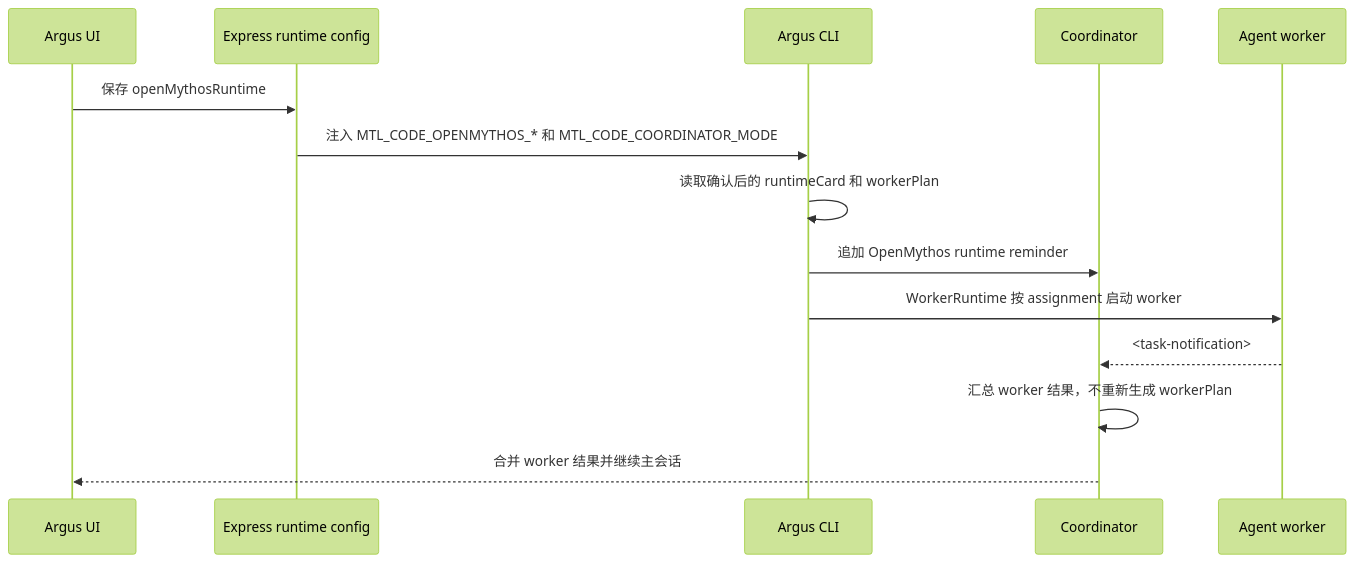
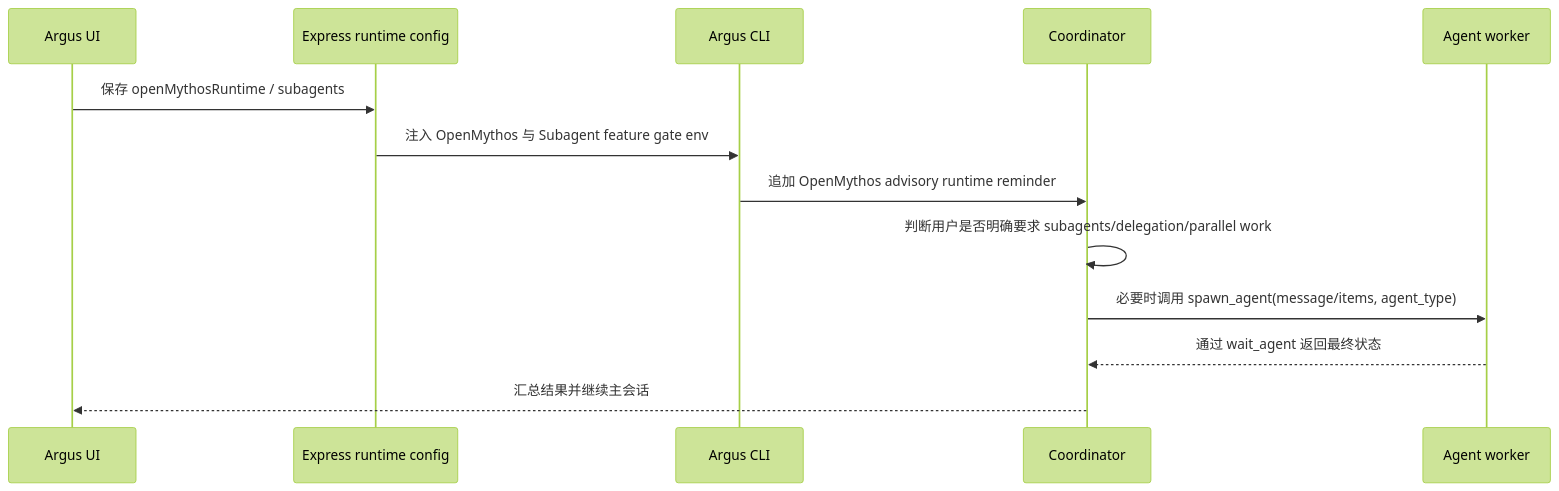
The fifth of 5 diagrams in claudecodeui/docs/knowledge/04-runtime-flows.md (wyy-debug/AIINWORK), drawn with Mermaid (forest theme) before and after one commit. The commit also changed other lines of this file and 81 other files, not shown here.

````diff
--- a/claudecodeui/docs/knowledge/04-runtime-flows.md
+++ b/claudecodeui/docs/knowledge/04-runtime-flows.md
@@ -371,17 +370,16 @@
 ```mermaid
 sequenceDiagram
   participant UI as Argus UI
   participant API as Express runtime config
   participant CLI as Argus CLI
   participant Coord as Coordinator
   participant Worker as Agent worker
 
-  UI->>API: 保存 openMythosRuntime
-  API->>CLI: 注入 MTL_CODE_OPENMYTHOS_* 和 MTL_CODE_COORDINATOR_MODE
-  CLI->>CLI: 读取确认后的 runtimeCard 和 workerPlan
-  CLI->>Coord: 追加 OpenMythos runtime reminder
-  CLI->>Worker: WorkerRuntime 按 assignment 启动 worker
-  Worker-->>Coord: <task-notification>
-  Coord->>Coord: 汇总 worker 结果，不重新生成 workerPlan
-  Coord-->>UI: 合并 worker 结果并继续主会话
+  UI->>API: 保存 openMythosRuntime / subagents
+  API->>CLI: 注入 OpenMythos 与 Subagent feature gate env
+  CLI->>Coord: 追加 OpenMythos advisory runtime reminder
+  Coord->>Coord: 判断用户是否明确要求 subagents/delegation/parallel work
+  Coord->>Worker: 必要时调用 spawn_agent(message/items, agent_type)
+  Worker-->>Coord: 通过 wait_agent 返回最终状态
+  Coord-->>UI: 汇总结果并继续主会话
 ```
````
